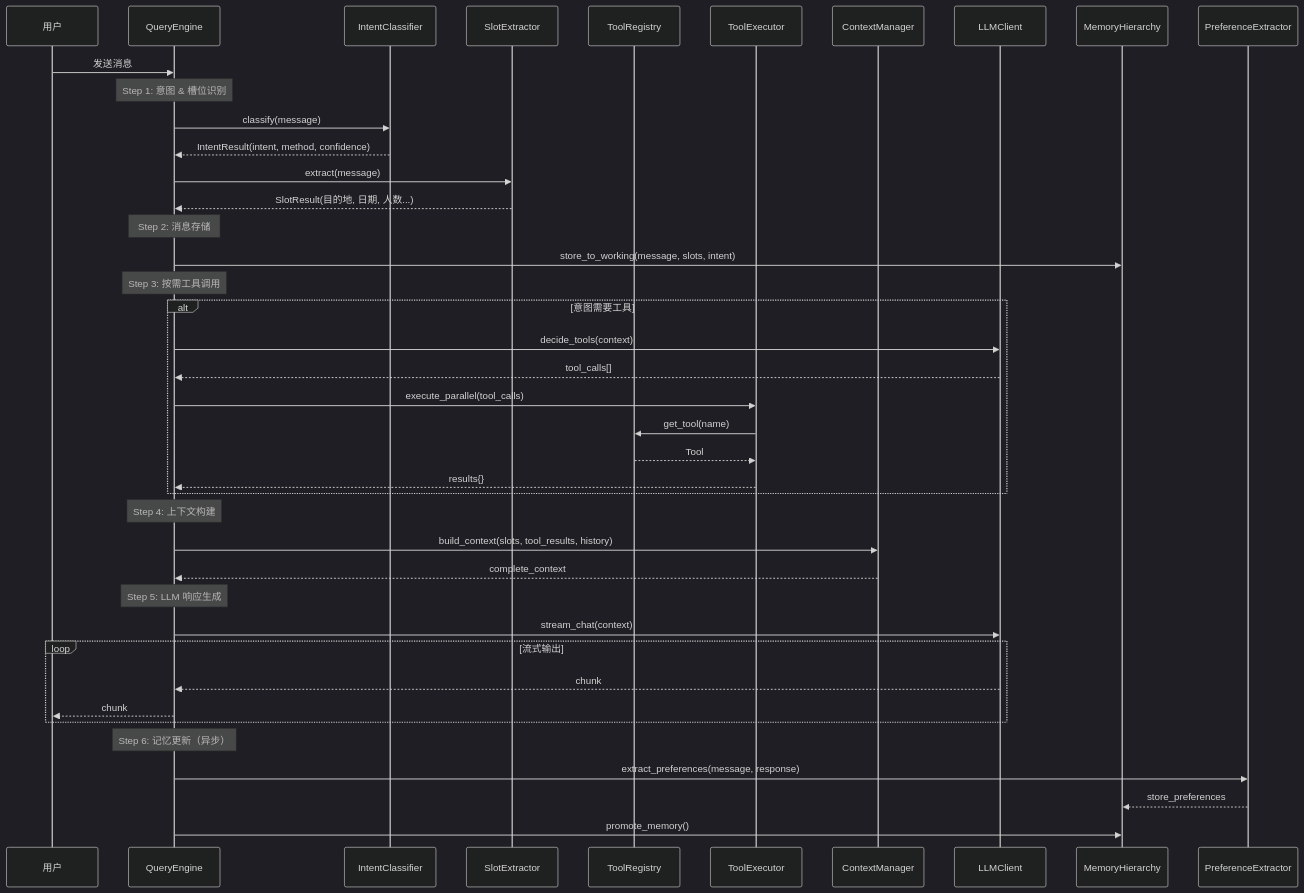
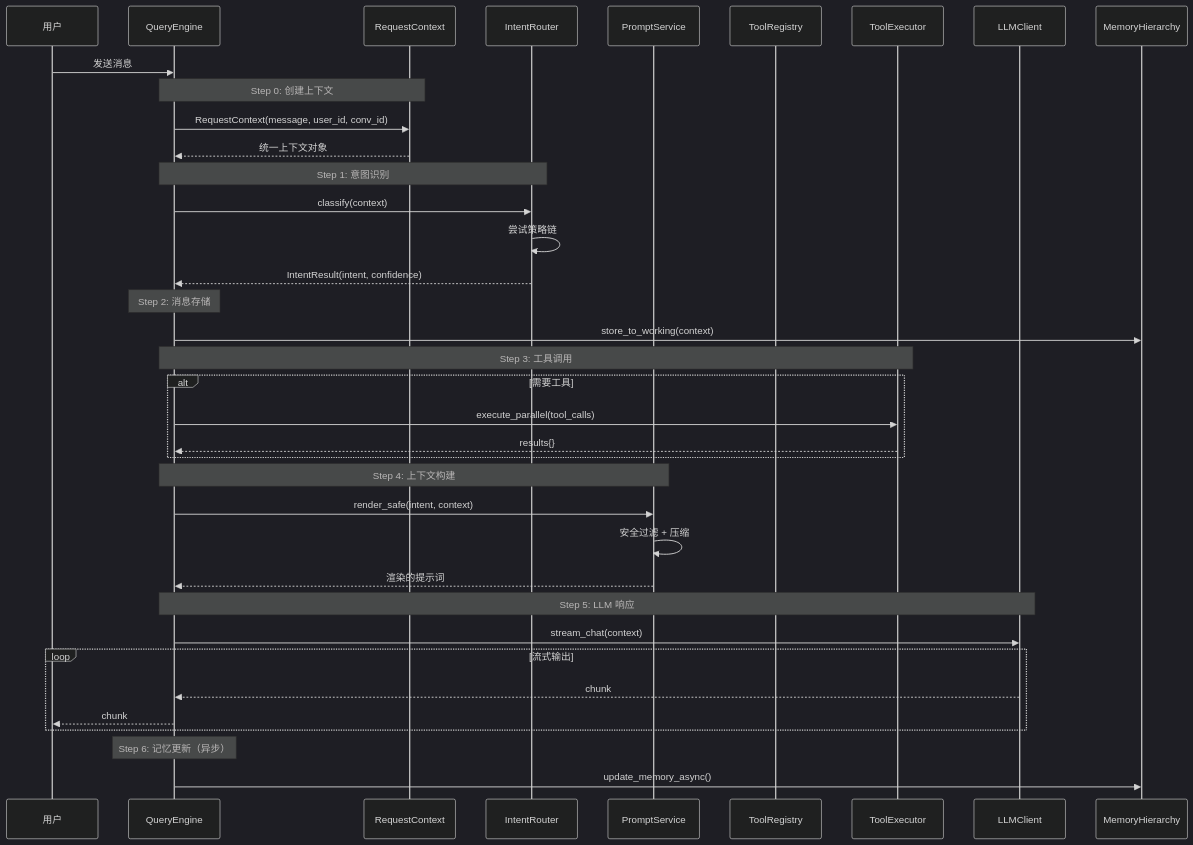
One commit to liyanxiong278176/personal_assistant changed the second of 2 diagrams in backend/app/core/README.md. Above: the diagram before and after it, drawn with Mermaid (dark theme). The commit also changed other lines of this file, not shown here.

First line of the commit message:
docs: update Phase 8.2 core README with v2.0 architecture

````diff
--- a/backend/app/core/README.md
+++ b/backend/app/core/README.md
@@ -274,50 +405,47 @@
 ```mermaid
 sequenceDiagram
     participant U as 用户
     participant QE as QueryEngine
-    participant IC as IntentClassifier
-    participant SE as SlotExtractor
+    participant RC as RequestContext
+    participant IR as IntentRouter
+    participant PS as PromptService
     participant TR as ToolRegistry
     participant TE as ToolExecutor
-    participant CM as ContextManager
     participant LC as LLMClient
     participant MH as MemoryHierarchy
-    participant PE as PreferenceExtractor
 
     U->>QE: 发送消息
 
-    Note over QE: Step 1: 意图 & 槽位识别
-    QE->>IC: classify(message)
-    IC-->>QE: IntentResult(intent, method, confidence)
-    QE->>SE: extract(message)
-    SE-->>QE: SlotResult(目的地, 日期, 人数...)
+    Note over QE,RC: Step 0: 创建上下文
+    QE->>RC: RequestContext(message, user_id, conv_id)
+    RC-->>QE: 统一上下文对象
+
+    Note over QE,IR: Step 1: 意图识别
+    QE->>IR: classify(context)
+    IR->>IR: 尝试策略链
+    IR-->>QE: IntentResult(intent, confidence)
 
     Note over QE: Step 2: 消息存储
-    QE->>MH: store_to_working(message, slots, intent)
+    QE->>MH: store_to_working(context)
 
-    Note over QE: Step 3: 按需工具调用
-    alt 意图需要工具
-        QE->>LC: decide_tools(context)
-        LC-->>QE: tool_calls[]
+    Note over QE,TE: Step 3: 工具调用
+    alt 需要工具
         QE->>TE: execute_parallel(tool_calls)
-        TE->>TR: get_tool(name)
-        TR-->>TE: Tool
         TE-->>QE: results{}
     end
 
-    Note over QE: Step 4: 上下文构建
-    QE->>CM: build_context(slots, tool_results, history)
-    CM-->>QE: complete_context
+    Note over QE,PS: Step 4: 上下文构建
+    QE->>PS: render_safe(intent, context)
+    PS->>PS: 安全过滤 + 压缩
+    PS-->>QE: 渲染的提示词
 
-    Note over QE: Step 5: LLM 响应生成
+    Note over QE,LC: Step 5: LLM 响应
     QE->>LC: stream_chat(context)
     loop 流式输出
         LC-->>QE: chunk
         QE-->>U: chunk
     end
 
     Note over QE: Step 6: 记忆更新（异步）
-    QE->>PE: extract_preferences(message, response)
-    PE-->>MH: store_preferences
-    QE->>MH: promote_memory()
+    QE->>MH: update_memory_async()
 ```
````
